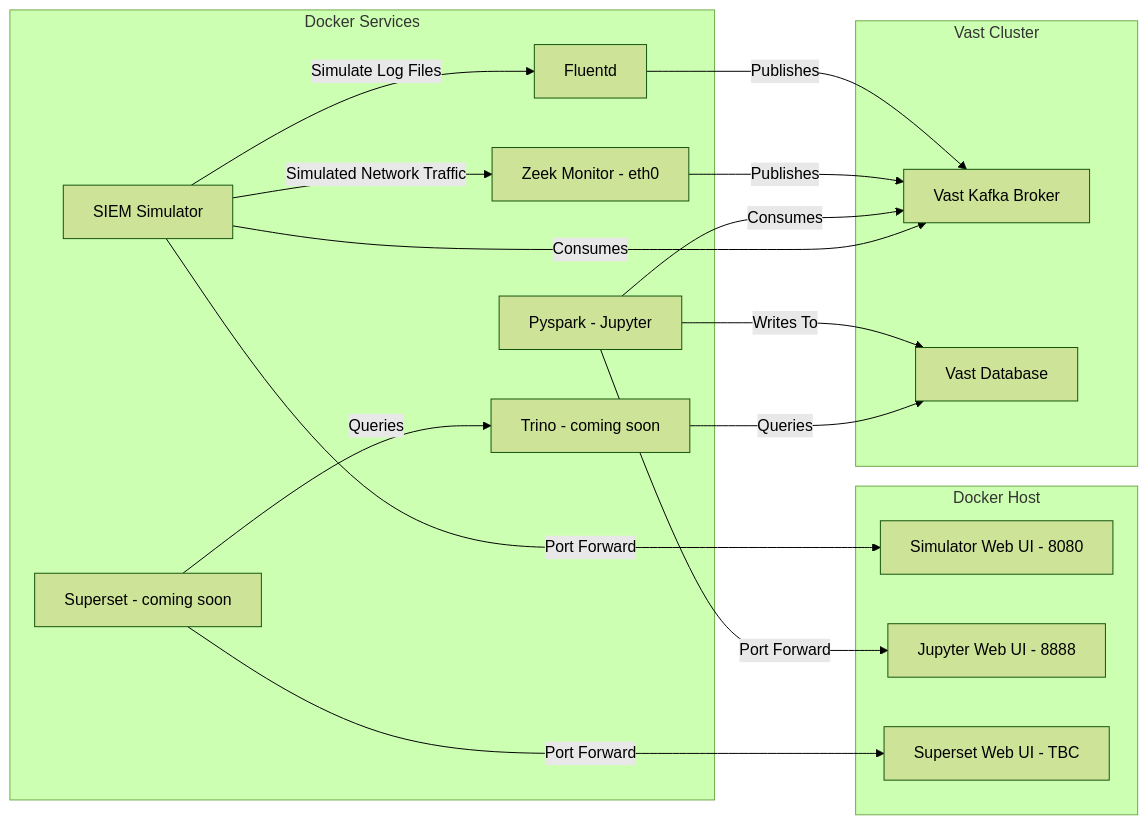
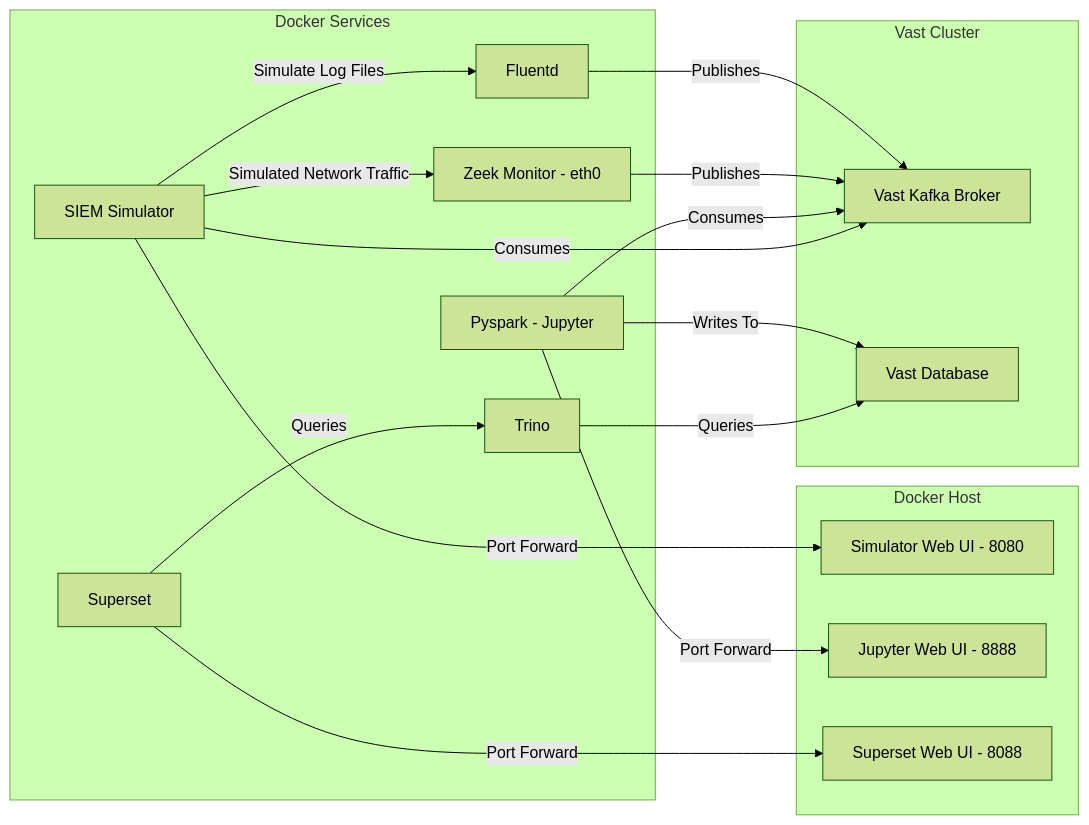
The diagram in README.md (snowch/vastdata_siem_demo), drawn with Mermaid (forest theme) before and after one commit.

````diff
--- a/README.md
+++ b/README.md
@@ -13,37 +13,37 @@
 ```mermaid
 graph LR
     subgraph "Docker Services"
         Z[Zeek Monitor - eth0]
         S[SIEM Simulator]
         F[Fluentd]
         J[Pyspark - Jupyter]
-        T[Trino - coming soon]
-        AS[Superset - coming soon]
+        T[Trino]
+        AS[Superset]
 
         S -- Simulate Log Files --> F
         S -- Simulated Network Traffic --> Z
         AS -- Queries --> T
     end
 
     subgraph "Docker Host"
         SW[Simulator Web UI - 8080]
         JW[Jupyter Web UI - 8888]
-        ASW[Superset Web UI - TBC]
+        ASW[Superset Web UI - 8088]
     end
 
     subgraph "Vast Cluster"
         K[Vast Kafka Broker]
         VDB[Vast Database]
     end
 
     S -- Port Forward --> SW
     J -- Port Forward --> JW
     AS -- Port Forward --> ASW
 
     F -- Publishes --> K
     Z -- Publishes --> K
     J -- Consumes --> K
     S -- Consumes --> K
     J -- Writes To --> VDB
     T -- Queries --> VDB
 ```
````
